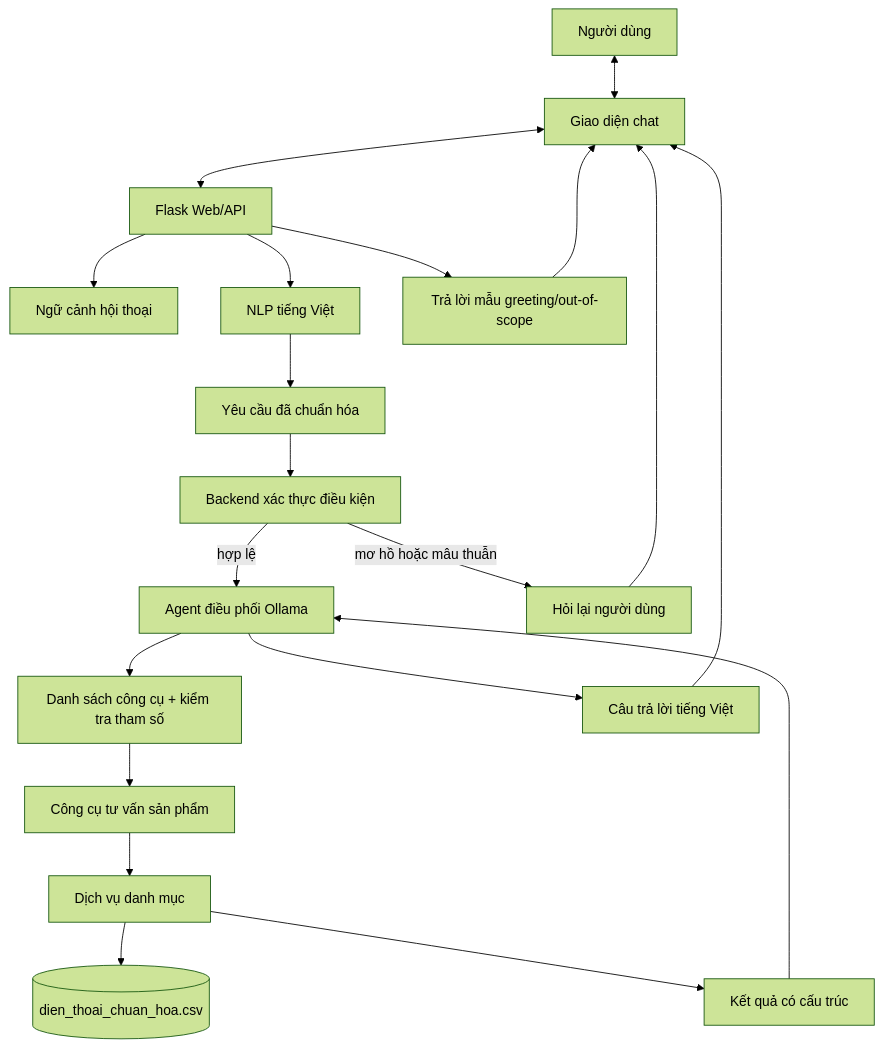
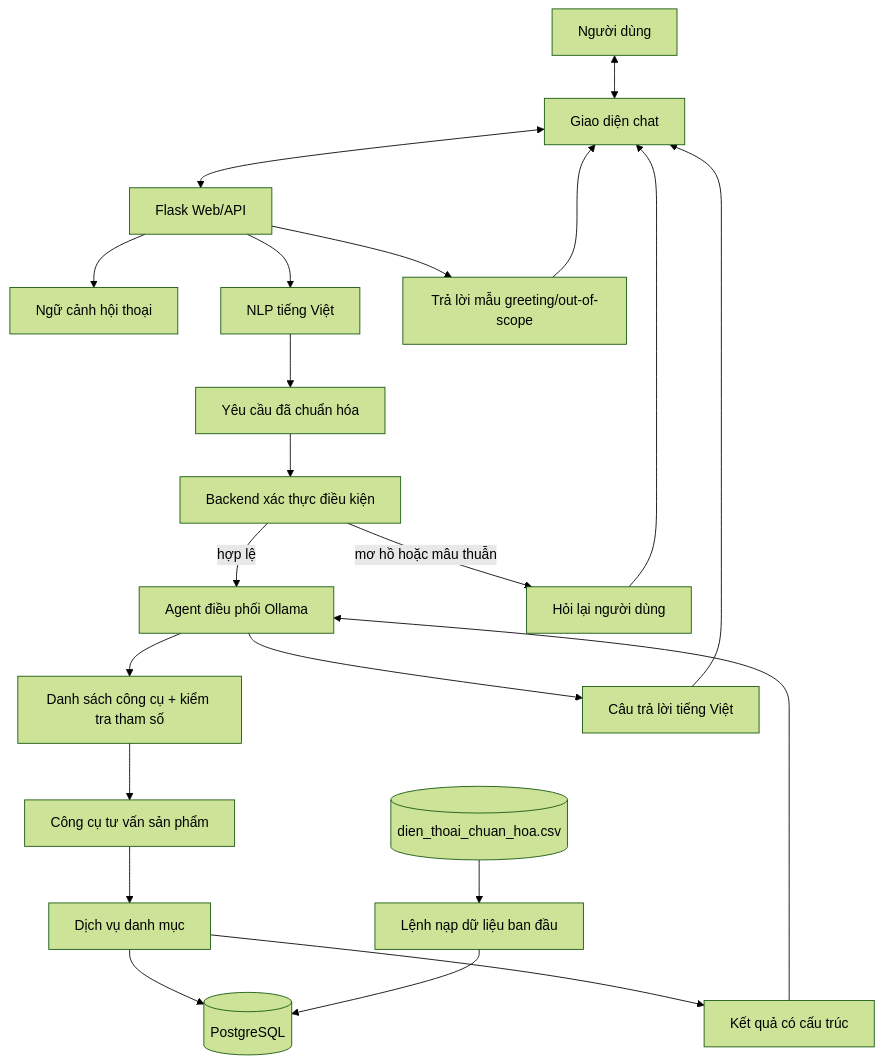
One commit to pdbao278/chatbot_dienthoai changed the diagram in data/kientruc.md. Above: the diagram before and after it, drawn with Mermaid (forest theme). The commit also changed other lines of this file and 17 other files, not shown here.

Commit message:
feat: add comprehensive documentation and session guides for NLP project architecture and development steps

```diff
--- a/data/kientruc.md
+++ b/data/kientruc.md
@@ -28,22 +29,24 @@
 ~~~mermaid
 flowchart TD
     User[Người dùng] <--> UI[Giao diện chat]
     UI <--> Flask[Flask Web/API]
     Flask --> State[Ngữ cảnh hội thoại]
     Flask --> NLP[NLP tiếng Việt]
     NLP --> Parsed[Yêu cầu đã chuẩn hóa]
     Parsed --> Validate[Backend xác thực điều kiện]
     Validate -->|hợp lệ| Agent[Agent điều phối Ollama]
     Validate -->|mơ hồ hoặc mâu thuẫn| Clarify[Hỏi lại người dùng]
     Clarify --> UI
     Flask --> Static[Trả lời mẫu greeting/out-of-scope]
     Static --> UI
     Agent --> Guard[Danh sách công cụ + kiểm tra tham số]
     Guard --> Tools[Công cụ tư vấn sản phẩm]
     Tools --> Catalog[Dịch vụ danh mục]
-    Catalog --> CSV[(dien_thoai_chuan_hoa.csv)]
+    Catalog --> DB[(PostgreSQL)]
     Catalog --> Results[Kết quả có cấu trúc]
     Results --> Agent
     Agent --> Answer[Câu trả lời tiếng Việt]
     Answer --> UI
+    CSV[(dien_thoai_chuan_hoa.csv)] --> Seed[Lệnh nạp dữ liệu ban đầu]
+    Seed --> DB
 ~~~
```
